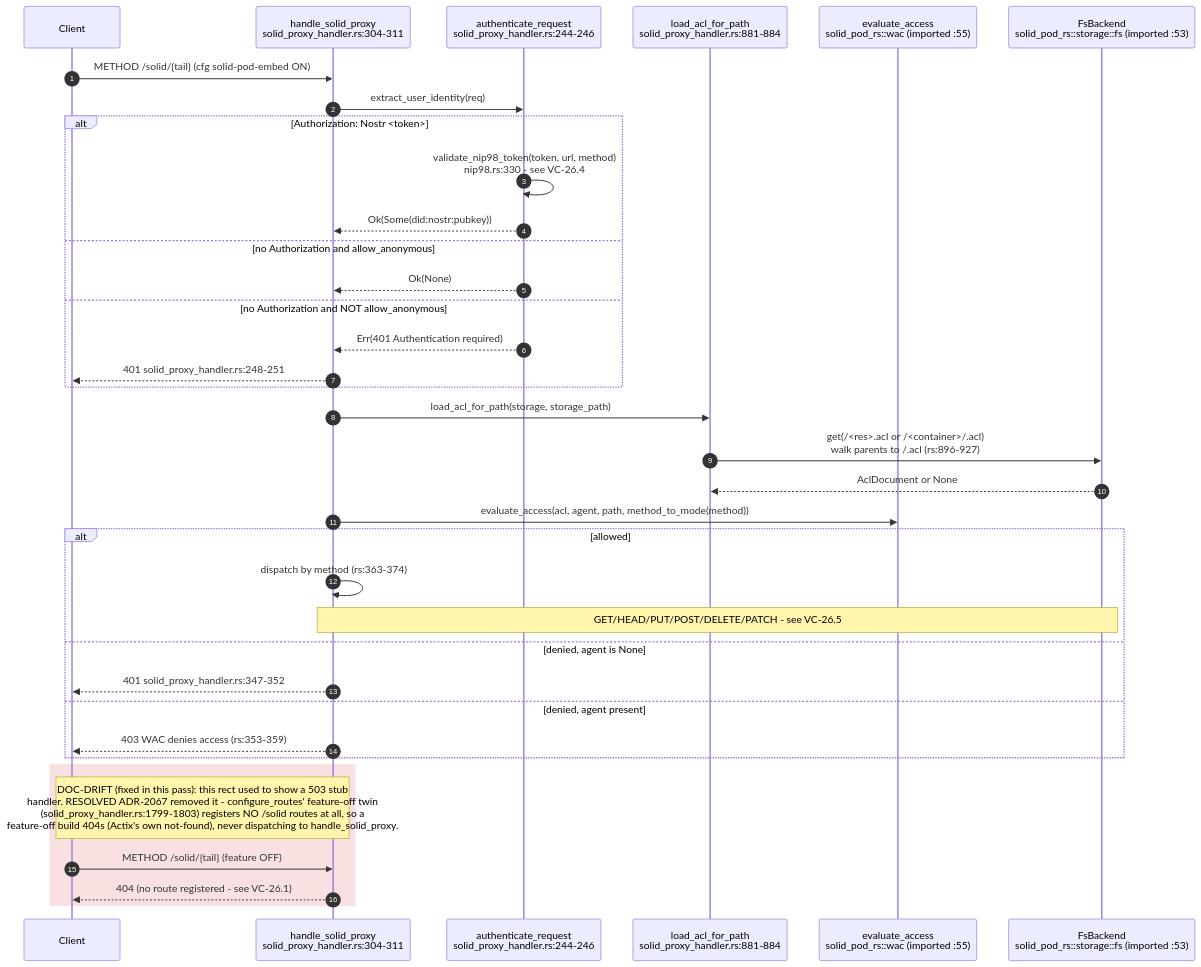
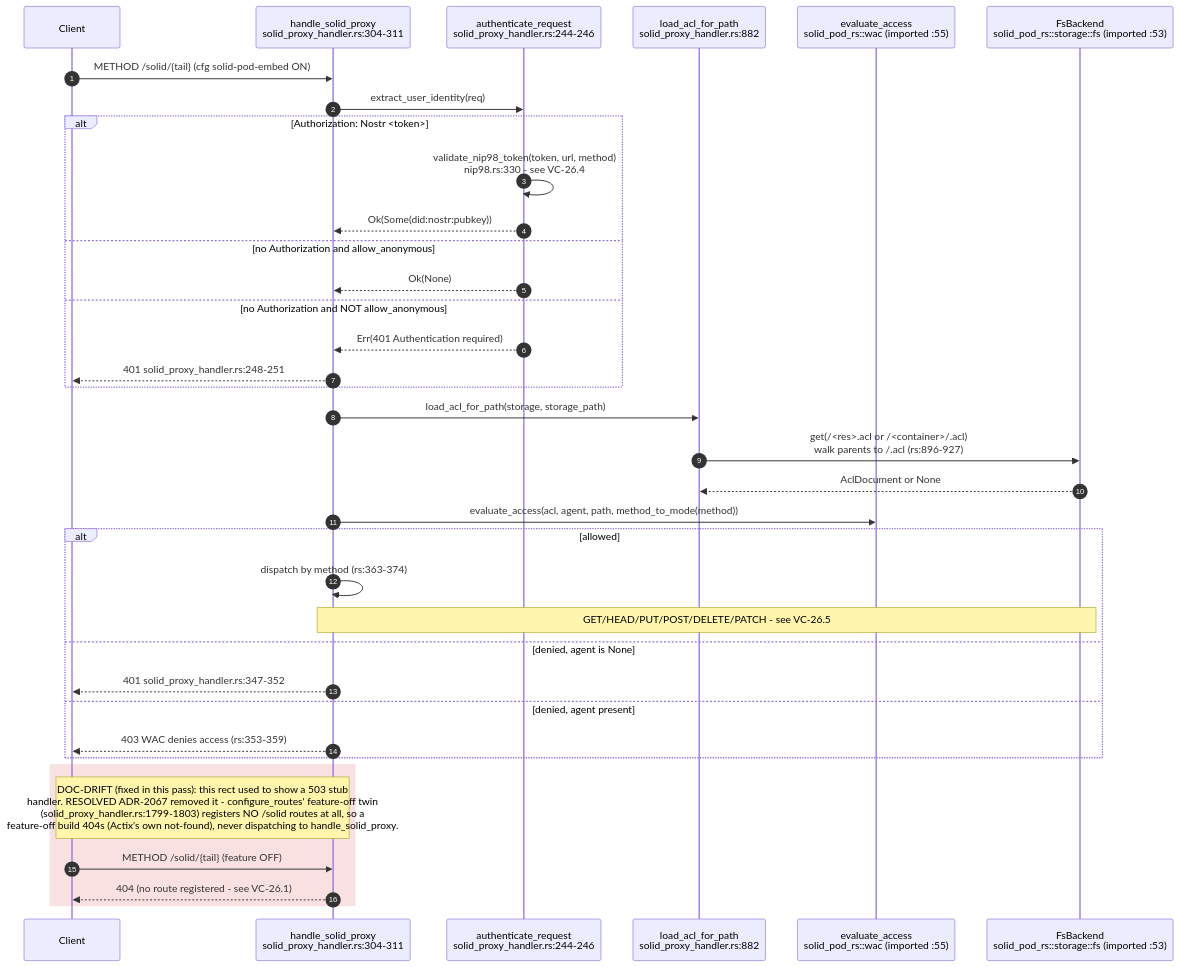
One commit to DreamLab-AI/VisionFlow changed the second of 14 diagrams in docs/diagrams/visionclaw/26-solid-pod-and-jss.md. Above: the diagram before and after it, drawn with Mermaid. The commit also changed other lines of this file and 51 other files, not shown here.

First line of the commit message:
docs(diagrams): agentbox AB-01..13 re-attested anchor by anchor (980 anchors, 22 defects); checkpoint against an out-of-mesh writer

````diff
--- a/docs/diagrams/visionclaw/26-solid-pod-and-jss.md
+++ b/docs/diagrams/visionclaw/26-solid-pod-and-jss.md
@@ -82,40 +82,40 @@
 ```mermaid
 sequenceDiagram
     autonumber
     participant C as Client
     participant H as handle_solid_proxy<br/>solid_proxy_handler.rs:304-311
     participant AUTH as authenticate_request<br/>solid_proxy_handler.rs:244-246
-    participant ACL as load_acl_for_path<br/>solid_proxy_handler.rs:881-884
+    participant ACL as load_acl_for_path<br/>solid_proxy_handler.rs:882
     participant WAC as evaluate_access<br/>solid_pod_rs::wac (imported :55)
     participant FS as FsBackend<br/>solid_pod_rs::storage::fs (imported :53)
 
     C->>H: METHOD /solid/{tail} (cfg solid-pod-embed ON)
     H->>AUTH: extract_user_identity(req)
     alt Authorization: Nostr <token>
         AUTH->>AUTH: validate_nip98_token(token, url, method)<br/>nip98.rs:330 - see VC-26.4
         AUTH-->>H: Ok(Some(did:nostr:pubkey))
     else no Authorization and allow_anonymous
         AUTH-->>H: Ok(None)
     else no Authorization and NOT allow_anonymous
         AUTH-->>H: Err(401 Authentication required)
         H-->>C: 401 solid_proxy_handler.rs:248-251
     end
     H->>ACL: load_acl_for_path(storage, storage_path)
     ACL->>FS: get(/<res>.acl or /<container>/.acl)<br/>walk parents to /.acl (rs:896-927)
     FS-->>ACL: AclDocument or None
     H->>WAC: evaluate_access(acl, agent, path, method_to_mode(method))
     alt allowed
         H->>H: dispatch by method (rs:363-374)
         Note over H,FS: GET/HEAD/PUT/POST/DELETE/PATCH - see VC-26.5
     else denied, agent is None
         H-->>C: 401 solid_proxy_handler.rs:347-352
     else denied, agent present
         H-->>C: 403 WAC denies access (rs:353-359)
     end
 
     rect rgb(250,225,225)
     Note over C,H: DOC-DRIFT (fixed in this pass): this rect used to show a 503 stub<br/>handler. RESOLVED ADR-2067 removed it - configure_routes' feature-off twin<br/>(solid_proxy_handler.rs:1799-1803) registers NO /solid routes at all, so a<br/>feature-off build 404s (Actix's own not-found), never dispatching to handle_solid_proxy.
     C->>H: METHOD /solid/{tail} (feature OFF)
     H-->>C: 404 (no route registered - see VC-26.1)
     end
 ```
````
